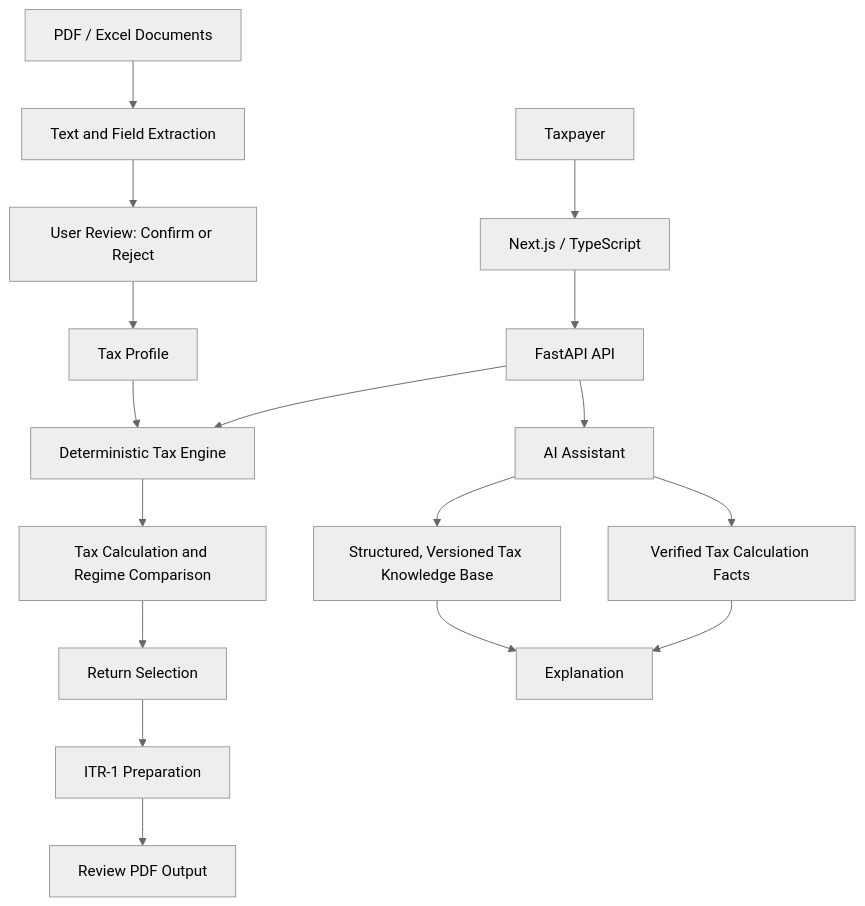
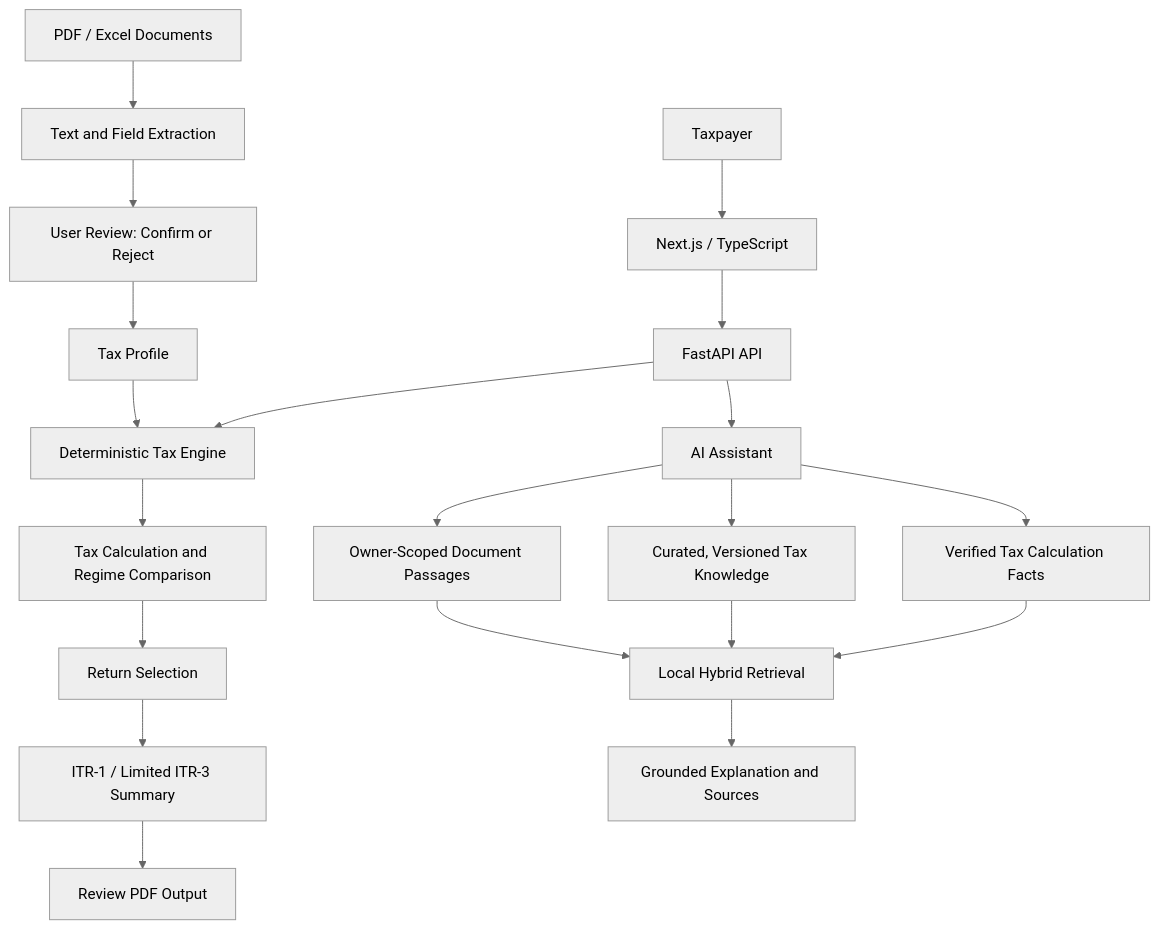
The diagram in README.md (Diganths2005/aaa), drawn with Mermaid (neutral theme) before and after one commit. The commit also changed other lines of this file and 85 other files, not shown here.

Commit message:
Implement tax filing and document workflows

````diff
--- a/README.md
+++ b/README.md
@@ -17,19 +17,22 @@
 ```mermaid
 flowchart TD
     Taxpayer --> Web[Next.js / TypeScript]
     Web --> API[FastAPI API]
     API --> Engine[Deterministic Tax Engine]
     Engine --> Calculation[Tax Calculation and Regime Comparison]
     Calculation --> Selection[Return Selection]
-    Selection --> Prep[ITR-1 Preparation]
+    Selection --> Prep[ITR-1 / Limited ITR-3 Summary]
     Prep --> PDF[Review PDF Output]
     API --> Assistant[AI Assistant]
     Assistant --> Facts[Verified Tax Calculation Facts]
-    Assistant --> Knowledge[Structured, Versioned Tax Knowledge Base]
-    Facts --> Explanation[Explanation]
-    Knowledge --> Explanation
+    Assistant --> Knowledge[Curated, Versioned Tax Knowledge]
+    Assistant --> PrivateDocs[Owner-Scoped Document Passages]
+    Facts --> Retrieval[Local Hybrid Retrieval]
+    Knowledge --> Retrieval
+    PrivateDocs --> Retrieval
+    Retrieval --> Explanation[Grounded Explanation and Sources]
     Documents[PDF / Excel Documents] --> Extraction[Text and Field Extraction]
     Extraction --> Review[User Review: Confirm or Reject]
     Review --> Profile[Tax Profile]
     Profile --> Engine
 ```
````
